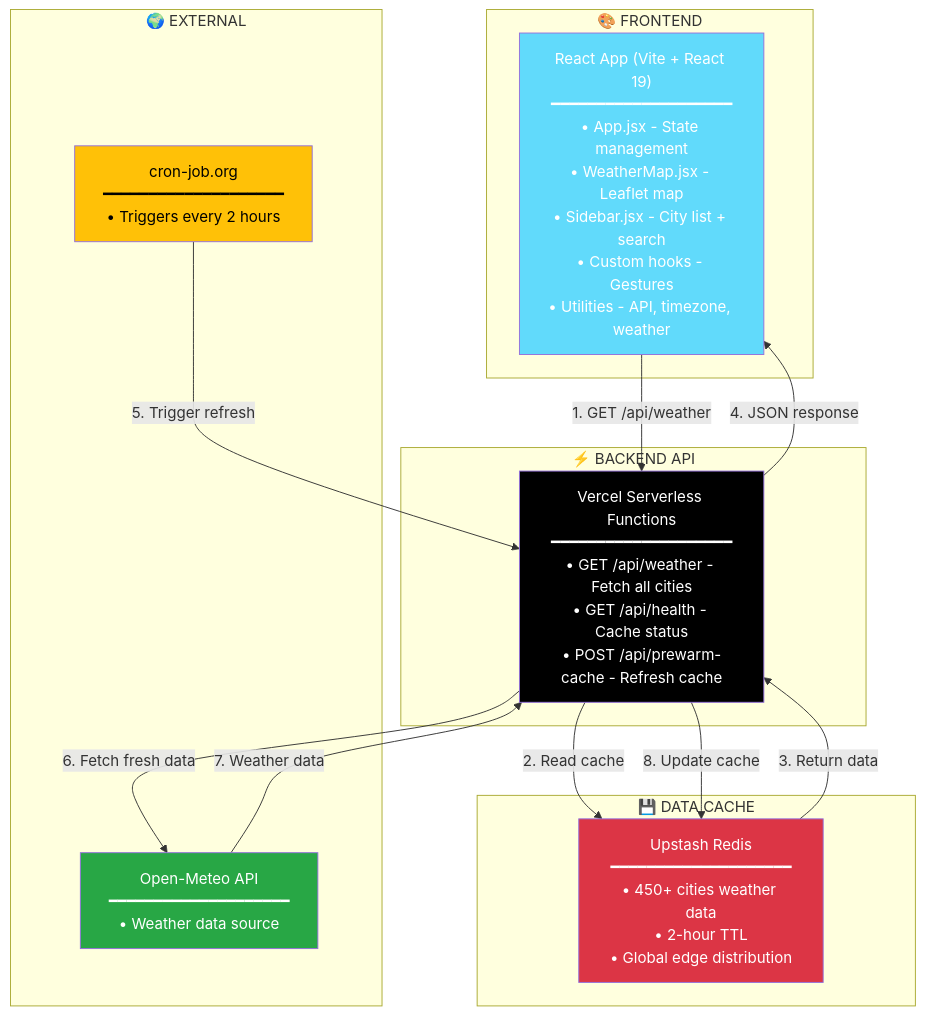
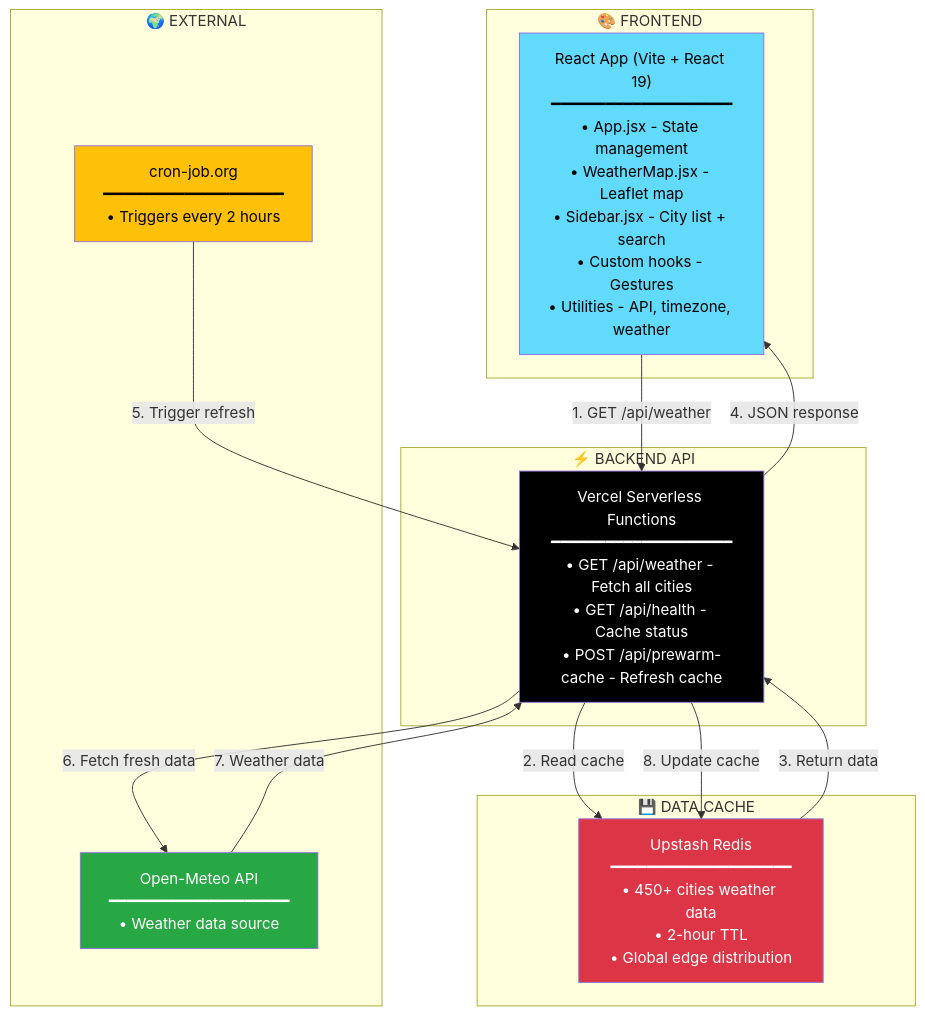
The diagram in README.md (Divyansh72144/liveweather), drawn with Mermaid before and after one commit.

Commit message:
better color schema for mermaid chart

````diff
--- a/README.md
+++ b/README.md
@@ -7,35 +7,35 @@
 ```mermaid
 graph TB
     subgraph FRONTEND ["🎨 FRONTEND"]
         APP["React App (Vite + React 19)<br/>━━━━━━━━━━━━━━━━━━━━<br/>• App.jsx - State management<br/>• WeatherMap.jsx - Leaflet map<br/>• Sidebar.jsx - City list + search<br/>• Custom hooks - Gestures<br/>• Utilities - API, timezone, weather"]
     end
 
     subgraph BACKEND ["⚡ BACKEND API"]
         API["Vercel Serverless Functions<br/>━━━━━━━━━━━━━━━━━━━━<br/>• GET /api/weather - Fetch all cities<br/>• GET /api/health - Cache status<br/>• POST /api/prewarm-cache - Refresh cache"]
     end
 
     subgraph CACHE ["💾 DATA CACHE"]
         REDIS["Upstash Redis<br/>━━━━━━━━━━━━━━━━━━━━<br/>• 450+ cities weather data<br/>• 2-hour TTL<br/>• Global edge distribution"]
     end
 
     subgraph EXTERNAL ["🌍 EXTERNAL"]
         OPEN["Open-Meteo API<br/>━━━━━━━━━━━━━━━━━━━━<br/>• Weather data source"]
         CRON["cron-job.org<br/>━━━━━━━━━━━━━━━━━━━━<br/>• Triggers every 2 hours"]
     end
 
     APP -->|"1. GET /api/weather"| API
     API -->|"2. Read cache"| REDIS
     REDIS -->|"3. Return data"| API
     API -->|"4. JSON response"| APP
 
     CRON -->|"5. Trigger refresh"| API
     API -->|"6. Fetch fresh data"| OPEN
     OPEN -->|"7. Weather data"| API
     API -->|"8. Update cache"| REDIS
 
-    style APP fill:#61dafb,color:#fff
+    style APP fill:#61dafb,color:#000
     style API fill:#000,color:#fff
     style REDIS fill:#dc3545,color:#fff
     style OPEN fill:#28a745,color:#fff
     style CRON fill:#ffc107,color:#000
 ```
````
